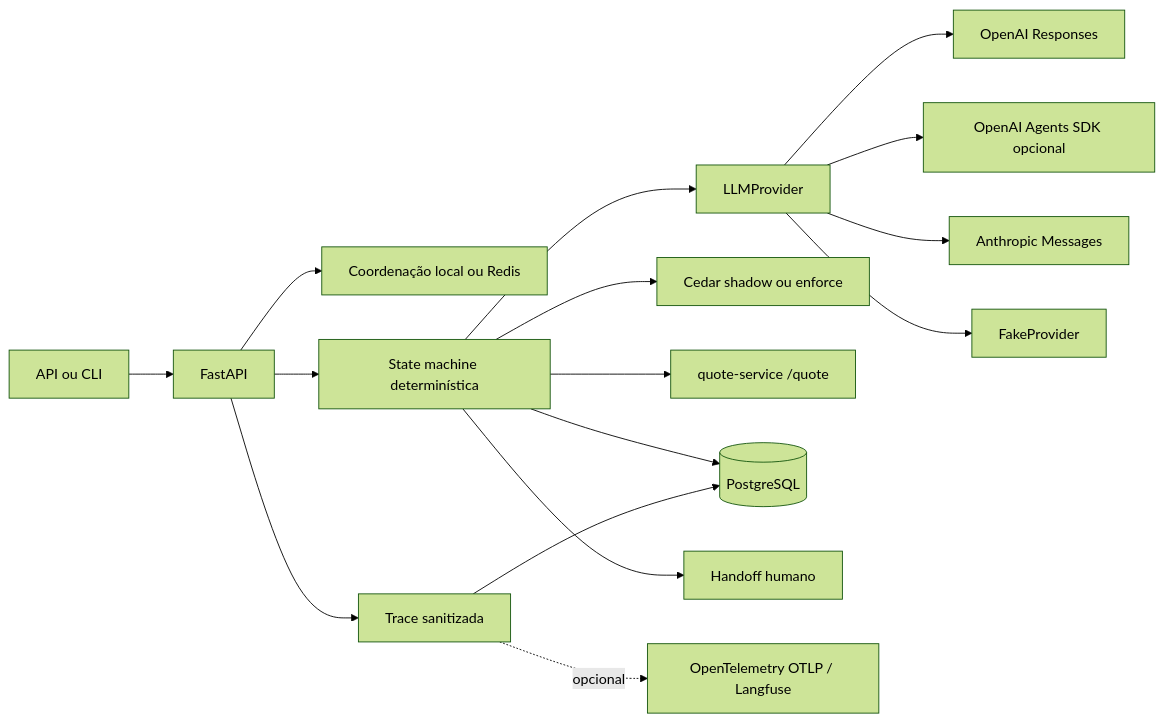
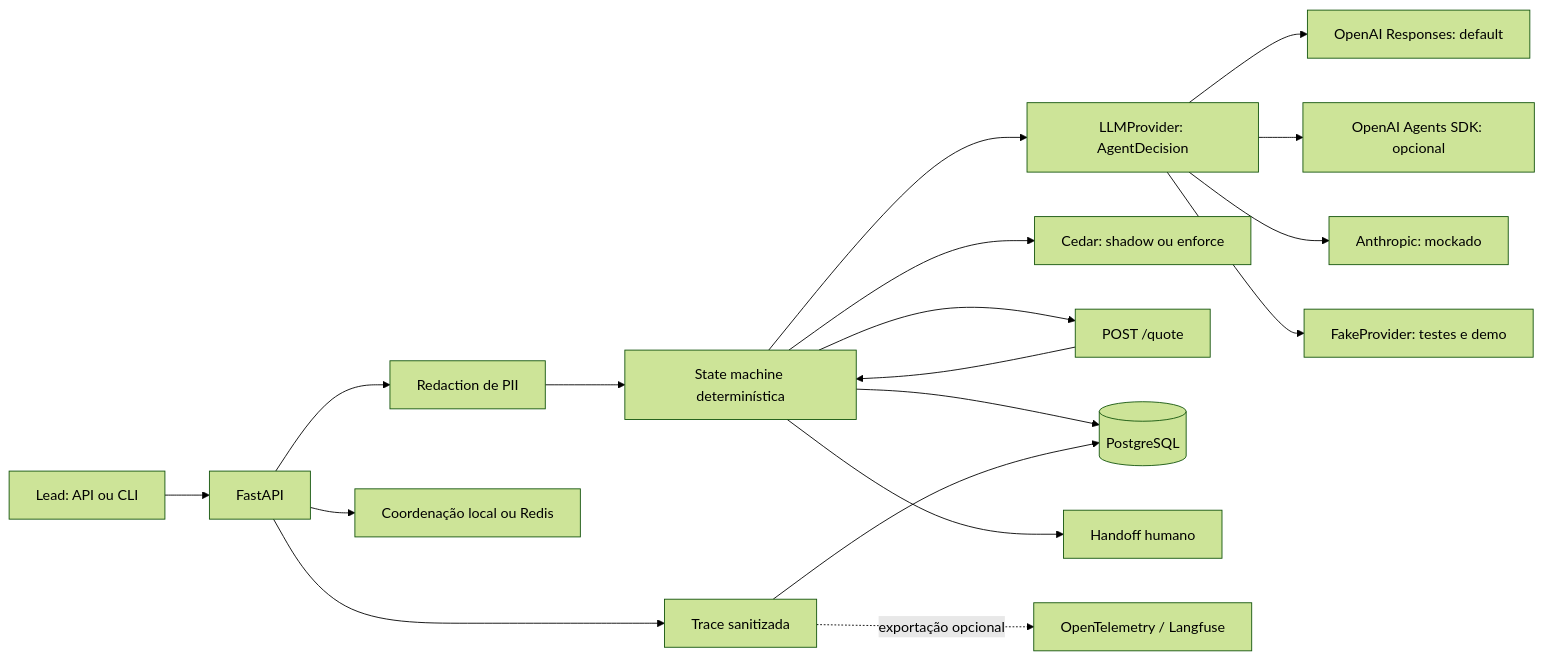
The diagram in README.md (hparreao/namastex-fde-challenge), drawn with Mermaid (forest theme) before and after one commit. The commit also changed other lines of this file, not shown here.

````diff
--- a/README.md
+++ b/README.md
@@ -55,18 +35,20 @@
 ```mermaid
 flowchart LR
-    Lead[API ou CLI] --> HTTP[FastAPI]
+    Lead[Lead: API ou CLI] --> HTTP[FastAPI]
+    HTTP --> Redact[Redaction de PII]
+    Redact --> State[State machine determinística]
     HTTP --> Coord[Coordenação local ou Redis]
-    HTTP --> State[State machine determinística]
-    State --> LLM[LLMProvider]
-    LLM --> OA[OpenAI Responses]
-    LLM --> SDK[OpenAI Agents SDK opcional]
-    LLM --> AN[Anthropic Messages]
-    LLM --> Fake[FakeProvider]
-    State --> Cedar[Cedar shadow ou enforce]
-    State --> Quote[quote-service /quote]
+    State --> LLM[LLMProvider: AgentDecision]
+    LLM --> OA[OpenAI Responses: default]
+    LLM --> SDK[OpenAI Agents SDK: opcional]
+    LLM --> AN[Anthropic: mockado]
+    LLM --> Fake[FakeProvider: testes e demo]
+    State --> Cedar[Cedar: shadow ou enforce]
+    State --> Quote[POST /quote]
+    Quote --> State
     State --> DB[(PostgreSQL)]
     State --> Human[Handoff humano]
     HTTP --> Trace[Trace sanitizada]
     Trace --> DB
-    Trace -. opcional .-> OTLP[OpenTelemetry OTLP / Langfuse]
+    Trace -. exportação opcional .-> OTLP[OpenTelemetry / Langfuse]
 ```
````
